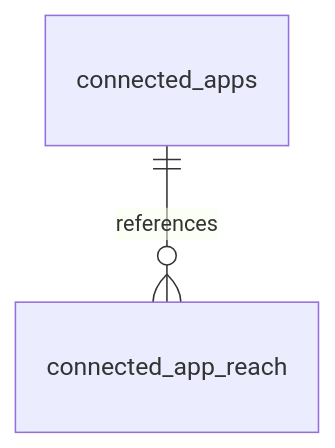
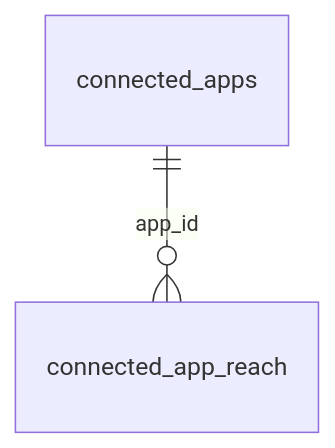
One commit to cebertowicz/corsia changed the third of 4 diagrams in docs/reference/data-model/accounts-and-connections.md. Above: the diagram before and after it, drawn with Mermaid. The commit also changed other lines of this file and 10 other files, not shown here.

````diff
--- a/docs/reference/data-model/accounts-and-connections.md
+++ b/docs/reference/data-model/accounts-and-connections.md
@@ -18,4 +18,4 @@
 ```mermaid
 erDiagram
-    connected_apps ||--o{ connected_app_reach : references
+    connected_apps ||--o{ connected_app_reach : app_id
 ```
````
